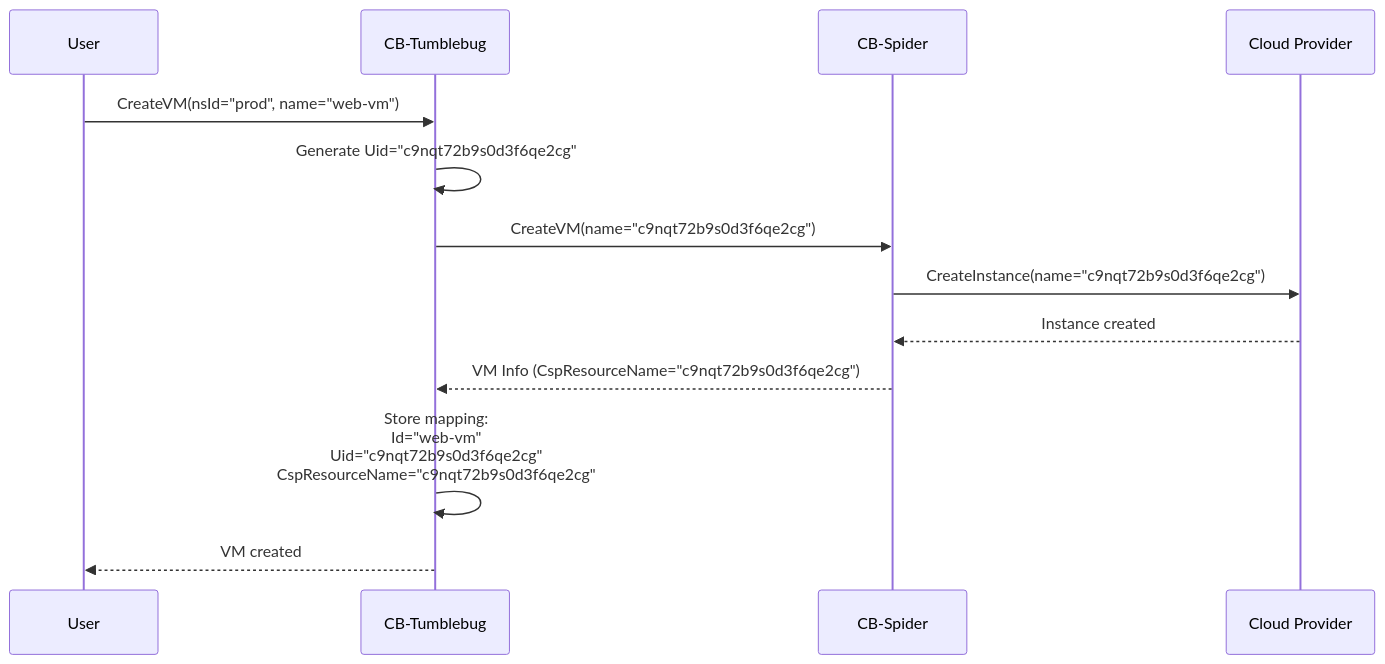
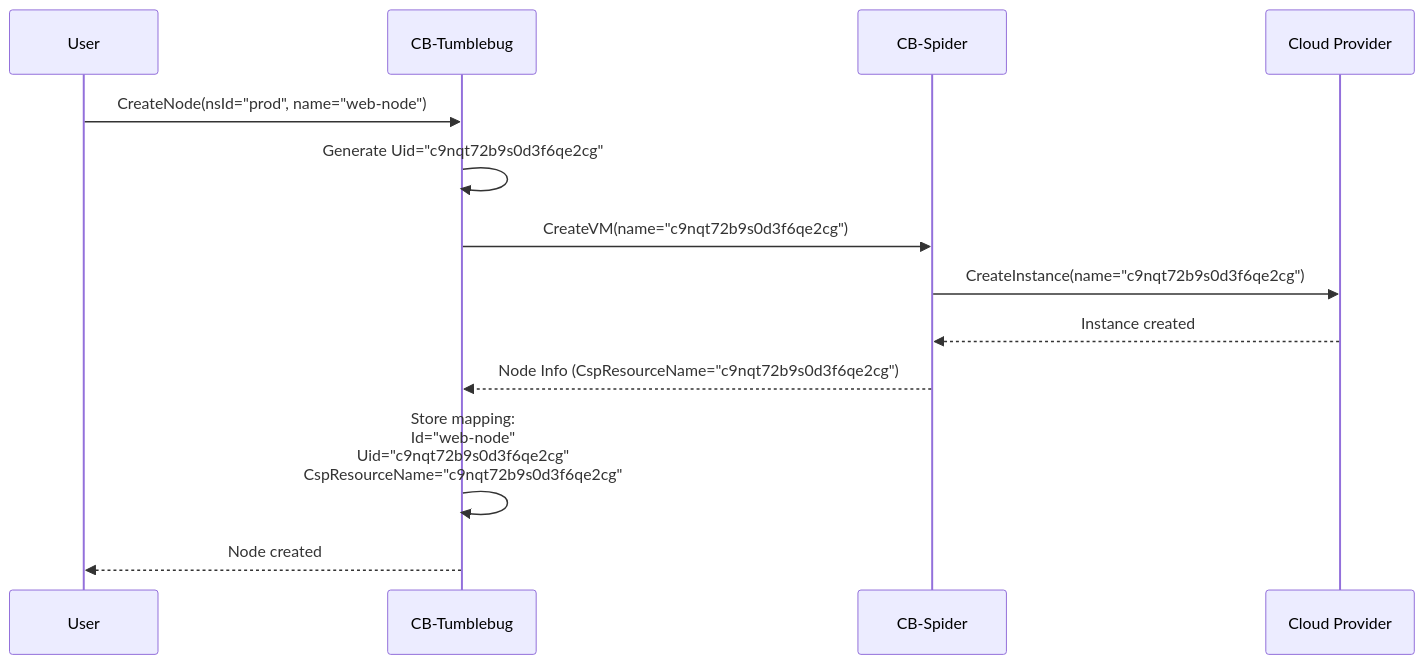
One commit to cloud-barista/cb-tumblebug changed the fifth of 10 diagrams in docs/feature_guide/namespace-and-resource-identity.md. Above: the diagram before and after it, drawn with Mermaid. The commit also changed other lines of this file and 81 other files, not shown here.

````diff
--- a/docs/feature_guide/namespace-and-resource-identity.md
+++ b/docs/feature_guide/namespace-and-resource-identity.md
@@ -226,16 +226,16 @@
 ```mermaid
 sequenceDiagram
     participant User
     participant TB as CB-Tumblebug
     participant Spider as CB-Spider
     participant CSP as Cloud Provider
     
-    User->>TB: CreateVM(nsId="prod", name="web-vm")
+    User->>TB: CreateNode(nsId="prod", name="web-node")
     TB->>TB: Generate Uid="c9nqt72b9s0d3f6qe2cg"
     TB->>Spider: CreateVM(name="c9nqt72b9s0d3f6qe2cg")
     Spider->>CSP: CreateInstance(name="c9nqt72b9s0d3f6qe2cg")
     CSP-->>Spider: Instance created
-    Spider-->>TB: VM Info (CspResourceName="c9nqt72b9s0d3f6qe2cg")
-    TB->>TB: Store mapping:<br/>Id="web-vm"<br/>Uid="c9nqt72b9s0d3f6qe2cg"<br/>CspResourceName="c9nqt72b9s0d3f6qe2cg"
-    TB-->>User: VM created
+    Spider-->>TB: Node Info (CspResourceName="c9nqt72b9s0d3f6qe2cg")
+    TB->>TB: Store mapping:<br/>Id="web-node"<br/>Uid="c9nqt72b9s0d3f6qe2cg"<br/>CspResourceName="c9nqt72b9s0d3f6qe2cg"
+    TB-->>User: Node created
 ```
````
